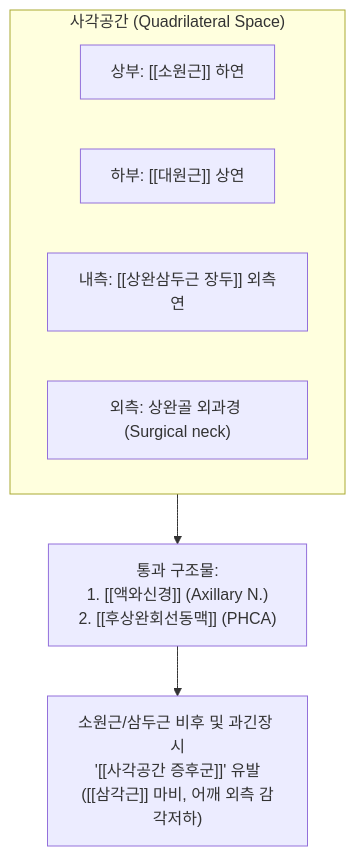
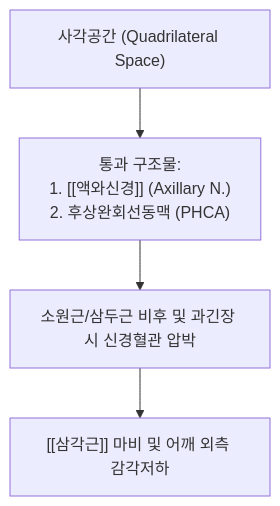
Before and after one commit to simbio11/simbio-digital-garden2: the second of 3 diagrams in content/1. 근골격계 공부/근육/(4) 어깨/소원근.md, drawn with Mermaid. The commit also changed other lines of this file and 150 other files, not shown here.

````diff
--- a/content/1. 근골격계 공부/근육/(4) 어깨/소원근.md
+++ b/content/1. 근골격계 공부/근육/(4) 어깨/소원근.md
@@ -55,16 +67,6 @@
 ```mermaid
 graph TD
-    subgraph QLS ["사각공간 (Quadrilateral Space)"]
-        Sup["상부: [[소원근]] 하연"]
-        Inf["하부: [[대원근]] 상연"]
-        Med["내측: [[상완삼두근 장두]] 외측연"]
-        Lat["외측: 상완골 외과경 (Surgical neck)"]
-    end
-
-    QLS --> Content["통과 구조물:
-1. [[액와신경]] (Axillary N.)
-2. [[후상완회선동맥]] (PHCA)"]
-    Content --> Impingement["소원근/삼두근 비후 및 과긴장 시
-'[[사각공간 증후군]]' 유발
-([[삼각근]] 마비, 어깨 외측 감각저하)"]
+    QLS["사각공간 (Quadrilateral Space)"] --> PassThrough["통과 구조물:<br>1. [[액와신경]] (Axillary N.)<br>2. 후상완회선동맥 (PHCA)"]
+    PassThrough --> Entrapment["소원근/삼두근 비후 및 과긴장 시 신경혈관 압박"]
+    Entrapment --> DeltoidAtrophy["[[삼각근]] 마비 및 어깨 외측 감각저하"]
 ```
````
